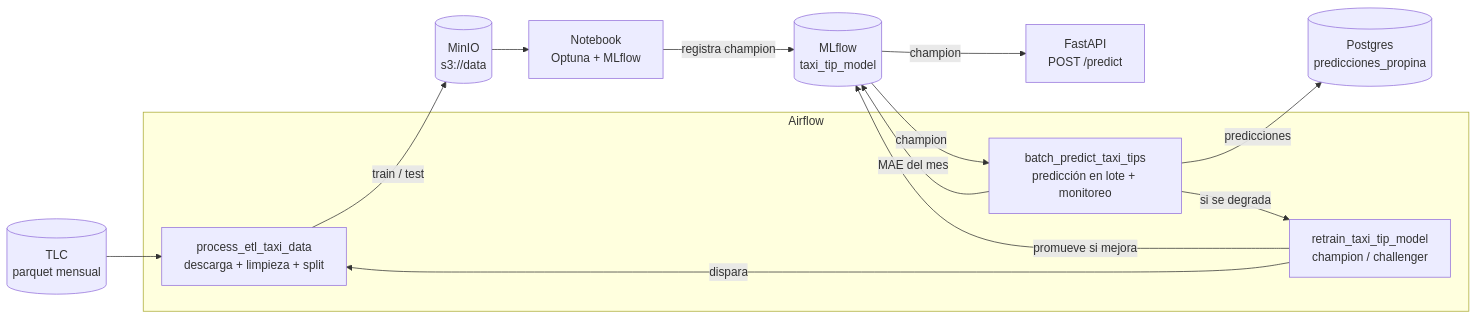
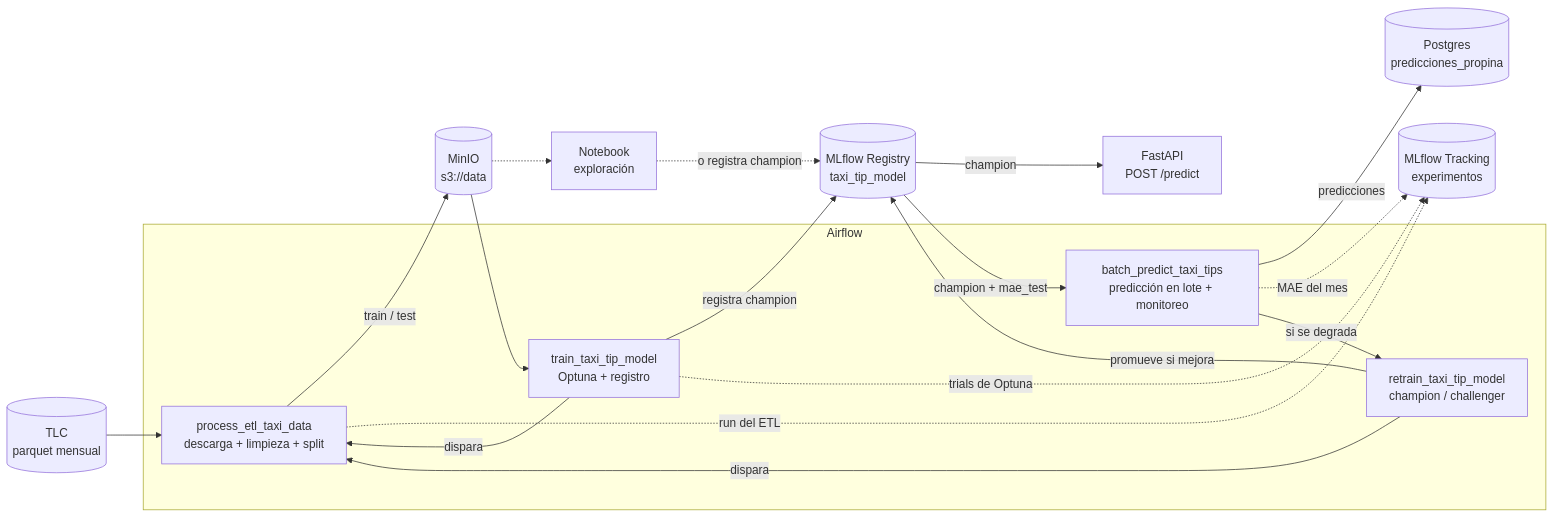
One commit to fedlerner/amq2-service-ml changed the diagram in README.md. Above: the diagram before and after it, drawn with Mermaid. The commit also changed other lines of this file, not shown here.

````diff
--- a/README.md
+++ b/README.md
@@ -22,21 +22,27 @@
 ```mermaid
 flowchart LR
     TLC[(TLC<br/>parquet mensual)] --> ETL
 
     subgraph Airflow
+        TRAIN[train_taxi_tip_model<br/>Optuna + registro]
         ETL[process_etl_taxi_data<br/>descarga + limpieza + split]
         BATCH[batch_predict_taxi_tips<br/>predicción en lote + monitoreo]
         RETRAIN[retrain_taxi_tip_model<br/>champion / challenger]
     end
 
+    TRAIN -->|dispara| ETL
     ETL -->|train / test| S3[(MinIO<br/>s3://data)]
-    S3 --> NB[Notebook<br/>Optuna + MLflow]
-    NB -->|registra champion| REG[(MLflow<br/>taxi_tip_model)]
+    S3 --> TRAIN
+    S3 -.-> NB[Notebook<br/>exploración]
+    TRAIN -->|registra champion| REG[(MLflow Registry<br/>taxi_tip_model)]
+    NB -.->|o registra champion| REG
     REG -->|champion| API[FastAPI<br/>POST /predict]
-    REG -->|champion| BATCH
+    REG -->|champion + mae_test| BATCH
     BATCH -->|predicciones| PG[(Postgres<br/>predicciones_propina)]
-    BATCH -->|MAE del mes| REG
+    ETL -.->|run del ETL| TRK[(MLflow Tracking<br/>experimentos)]
+    TRAIN -.->|trials de Optuna| TRK
+    BATCH -.->|MAE del mes| TRK
     BATCH -->|si se degrada| RETRAIN
     RETRAIN -->|dispara| ETL
     RETRAIN -->|promueve si mejora| REG
 ```
````
